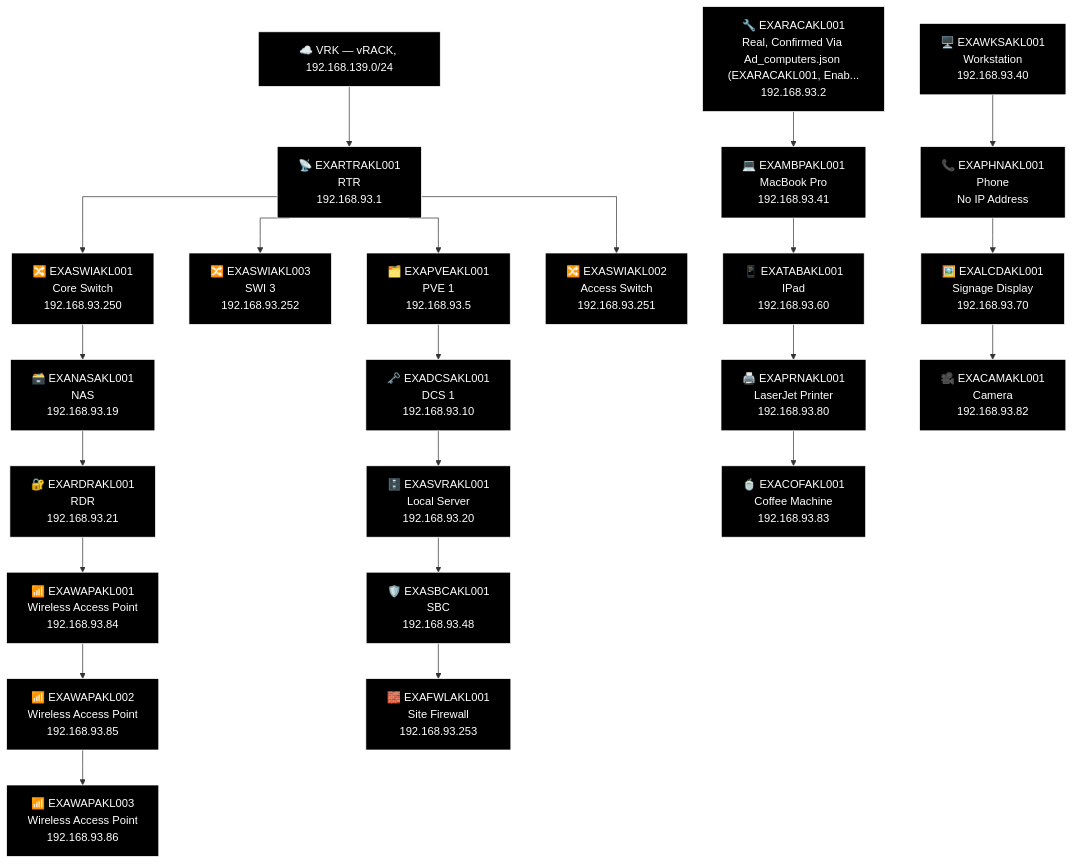
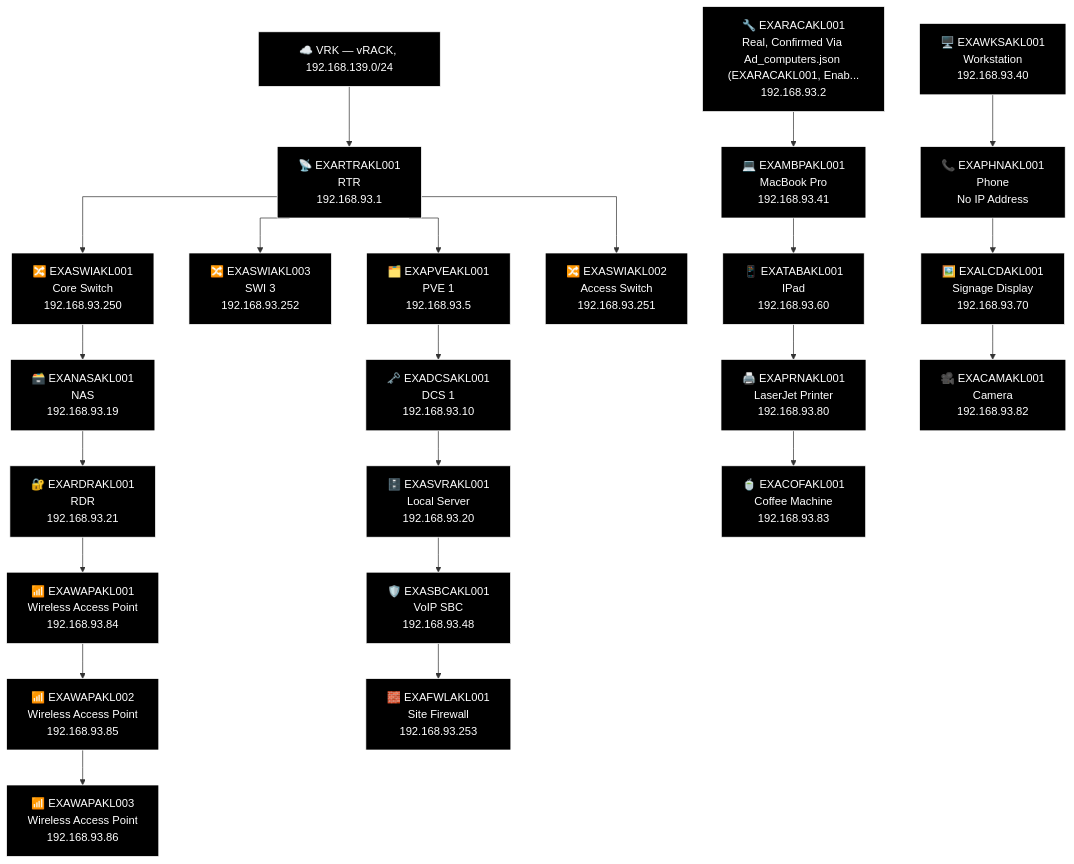
One commit to knightmare2600/example_music_infra changed the third of 3 diagrams in docs/network-diagram/new-zealand.md. Above: the diagram before and after it, drawn with Mermaid. The commit also changed 36 other files, not shown here.

````diff
--- a/docs/network-diagram/new-zealand.md
+++ b/docs/network-diagram/new-zealand.md
@@ -131,63 +131,63 @@
 ```mermaid
 %% GENERATED:TOPOLOGY:AKL:START
 %%{init: {'flowchart': {'curve': 'stepAfter'}}}%%
 graph TD
     T_VRK["☁️ VRK — vRACK, 192.168.139.0/24"]
     T_RTR["📡 EXARTRAKL001<br/>RTR<br/>192.168.93.1"]
     T_VRK --> T_RTR
     T_PVE["🗂️ EXAPVEAKL001<br/>PVE 1<br/>192.168.93.5"]
     T_RTR --> T_PVE
     T_SWI["🔀 EXASWIAKL003<br/>SWI 3<br/>192.168.93.252"]
     T_RTR --> T_SWI
     T_SWI2["🔀 EXASWIAKL001<br/>Core Switch<br/>192.168.93.250"]
     T_RTR --> T_SWI2
     T_SWI3["🔀 EXASWIAKL002<br/>Access Switch<br/>192.168.93.251"]
     T_RTR --> T_SWI3
     T_NAS["🗃️ EXANASAKL001<br/>NAS<br/>192.168.93.19"]
     T_RDR["🔐 EXARDRAKL001<br/>RDR<br/>192.168.93.21"]
     T_WAP["📶 EXAWAPAKL001<br/>Wireless Access Point<br/>192.168.93.84"]
     T_WAP2["📶 EXAWAPAKL002<br/>Wireless Access Point<br/>192.168.93.85"]
     T_WAP3["📶 EXAWAPAKL003<br/>Wireless Access Point<br/>192.168.93.86"]
     T_SWI2 --> T_NAS --> T_RDR --> T_WAP --> T_WAP2 --> T_WAP3
     T_DCS["🗝️ EXADCSAKL001<br/>DCS 1<br/>192.168.93.10"]
     T_SVR["🗄️ EXASVRAKL001<br/>Local Server<br/>192.168.93.20"]
-    T_SBC["🛡️ EXASBCAKL001<br/>SBC<br/>192.168.93.48"]
+    T_SBC["🛡️ EXASBCAKL001<br/>VoIP SBC<br/>192.168.93.48"]
     T_FWL["🧱 EXAFWLAKL001<br/>Site Firewall<br/>192.168.93.253"]
     T_PVE --> T_DCS --> T_SVR --> T_SBC --> T_FWL
     T_RAC["🔧 EXARACAKL001<br/>Real, Confirmed Via Ad_computers.json (EXARACAKL001, Enab...<br/>192.168.93.2"]
     T_WKS["🖥️ EXAWKSAKL001<br/>Workstation<br/>192.168.93.40"]
     T_MBP["💻 EXAMBPAKL001<br/>MacBook Pro<br/>192.168.93.41"]
     T_PHN["📞 EXAPHNAKL001<br/>Phone<br/>No IP Address"]
     T_TAB["📱 EXATABAKL001<br/>IPad<br/>192.168.93.60"]
     T_LCD["🖼️ EXALCDAKL001<br/>Signage Display<br/>192.168.93.70"]
     T_PRN["🖨️ EXAPRNAKL001<br/>LaserJet Printer<br/>192.168.93.80"]
     T_CAM["🎥 EXACAMAKL001<br/>Camera<br/>192.168.93.82"]
     T_COF["🍵 EXACOFAKL001<br/>Coffee Machine<br/>192.168.93.83"]
     T_RAC --> T_MBP --> T_TAB --> T_PRN --> T_COF
     T_WKS --> T_PHN --> T_LCD --> T_CAM
     style T_VRK fill:#000000,stroke:#FFFFFF,color:#FFFFFF
     style T_RTR fill:#000000,stroke:#FFFFFF,color:#FFFFFF
     style T_PVE fill:#000000,stroke:#FFFFFF,color:#FFFFFF
     style T_SWI fill:#000000,stroke:#FFFFFF,color:#FFFFFF
     style T_SWI2 fill:#000000,stroke:#FFFFFF,color:#FFFFFF
     style T_SWI3 fill:#000000,stroke:#FFFFFF,color:#FFFFFF
     style T_NAS fill:#000000,stroke:#FFFFFF,color:#FFFFFF
     style T_RDR fill:#000000,stroke:#FFFFFF,color:#FFFFFF
     style T_WAP fill:#000000,stroke:#FFFFFF,color:#FFFFFF
     style T_WAP2 fill:#000000,stroke:#FFFFFF,color:#FFFFFF
     style T_WAP3 fill:#000000,stroke:#FFFFFF,color:#FFFFFF
     style T_DCS fill:#000000,stroke:#FFFFFF,color:#FFFFFF
     style T_SVR fill:#000000,stroke:#FFFFFF,color:#FFFFFF
     style T_SBC fill:#000000,stroke:#FFFFFF,color:#FFFFFF
     style T_FWL fill:#000000,stroke:#FFFFFF,color:#FFFFFF
     style T_RAC fill:#000000,stroke:#FFFFFF,color:#FFFFFF
     style T_WKS fill:#000000,stroke:#FFFFFF,color:#FFFFFF
     style T_MBP fill:#000000,stroke:#FFFFFF,color:#FFFFFF
     style T_PHN fill:#000000,stroke:#FFFFFF,color:#FFFFFF
     style T_TAB fill:#000000,stroke:#FFFFFF,color:#FFFFFF
     style T_LCD fill:#000000,stroke:#FFFFFF,color:#FFFFFF
     style T_PRN fill:#000000,stroke:#FFFFFF,color:#FFFFFF
     style T_CAM fill:#000000,stroke:#FFFFFF,color:#FFFFFF
     style T_COF fill:#000000,stroke:#FFFFFF,color:#FFFFFF
 %% GENERATED:TOPOLOGY:AKL:END
 ```
````
